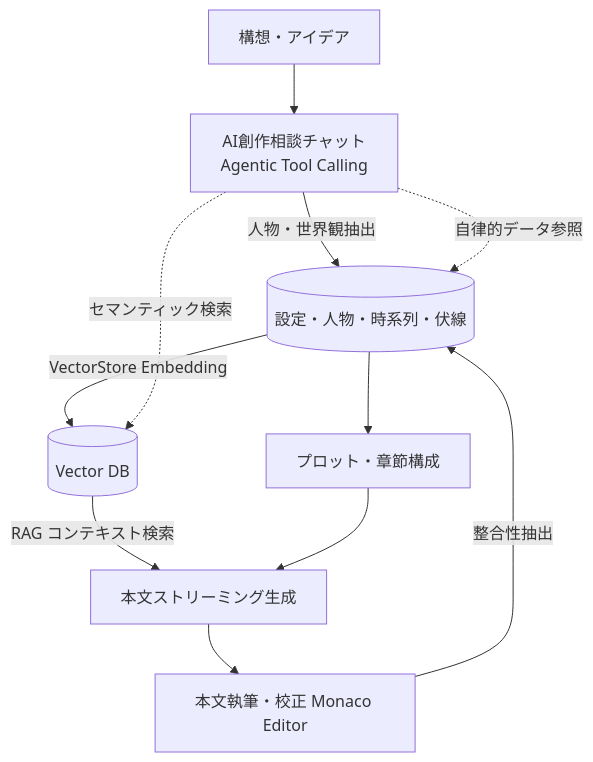
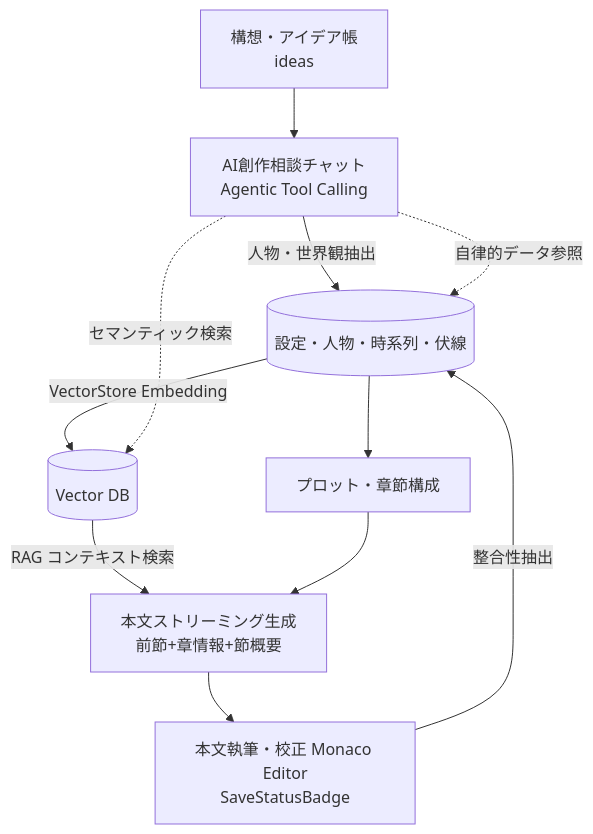
The diagram in doc/README.md (SoraKumo001/novel-creator), drawn with Mermaid before and after one commit. The commit also changed other lines of this file and 6 other files, not shown here.

Commit message:
feat: update documentation to reflect new features and database schema changes; enhance prompts and workflows for idea management and content generation

````diff
--- a/doc/README.md
+++ b/doc/README.md
@@ -53,13 +57,13 @@
 ```mermaid
 graph TD
-    A[構想・アイデア] --> B[AI創作相談チャット<br/>Agentic Tool Calling]
+    A[構想・アイデア帳<br/>ideas] --> B[AI創作相談チャット<br/>Agentic Tool Calling]
     B -->|人物・世界観抽出| C[(設定・人物・時系列・伏線)]
     C -->|VectorStore Embedding| D[(Vector DB)]
     C --> E[プロット・章節構成]
-    D -->|RAG コンテキスト検索| F[本文ストリーミング生成]
+    D -->|RAG コンテキスト検索| F[本文ストリーミング生成<br/>前節+章情報+節概要]
     E --> F
-    F --> G[本文執筆・校正 Monaco Editor]
+    F --> G[本文執筆・校正 Monaco Editor<br/>SaveStatusBadge]
     G -->|整合性抽出| C
     B -.->|自律的データ参照| C
     B -.->|セマンティック検索| D
 ```
````
